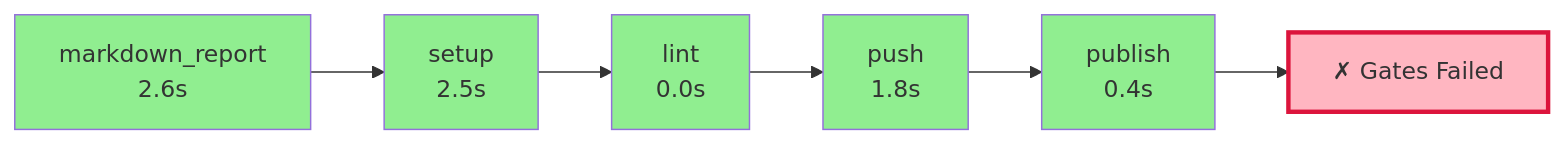
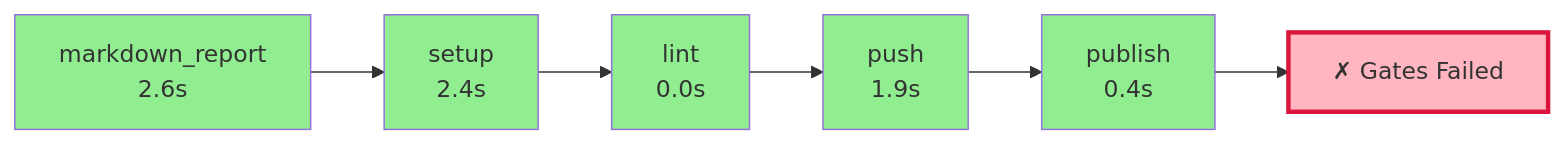
The diagram in .pyqual/report.md (wronai/fixos), drawn with Mermaid before and after one commit. The commit also changed other lines of this file and 2 other files, not shown here.

````diff
--- a/.pyqual/report.md
+++ b/.pyqual/report.md
@@ -10,20 +10,20 @@
 ```mermaid
 flowchart LR
     S0["markdown_report<br/>2.6s"]
     style S0 fill:#90EE90
-    S1["setup<br/>2.5s"]
+    S1["setup<br/>2.4s"]
     style S1 fill:#90EE90
     S0 --> S1
     S2["lint<br/>0.0s"]
     style S2 fill:#90EE90
     S1 --> S2
-    S3["push<br/>1.8s"]
+    S3["push<br/>1.9s"]
     style S3 fill:#90EE90
     S2 --> S3
     S4["publish<br/>0.4s"]
     style S4 fill:#90EE90
     S3 --> S4
     G["✗ Gates Failed"]
     style G fill:#FFB6C1,stroke:#DC143C,stroke-width:3px
     S4 --> G
 ```
````
